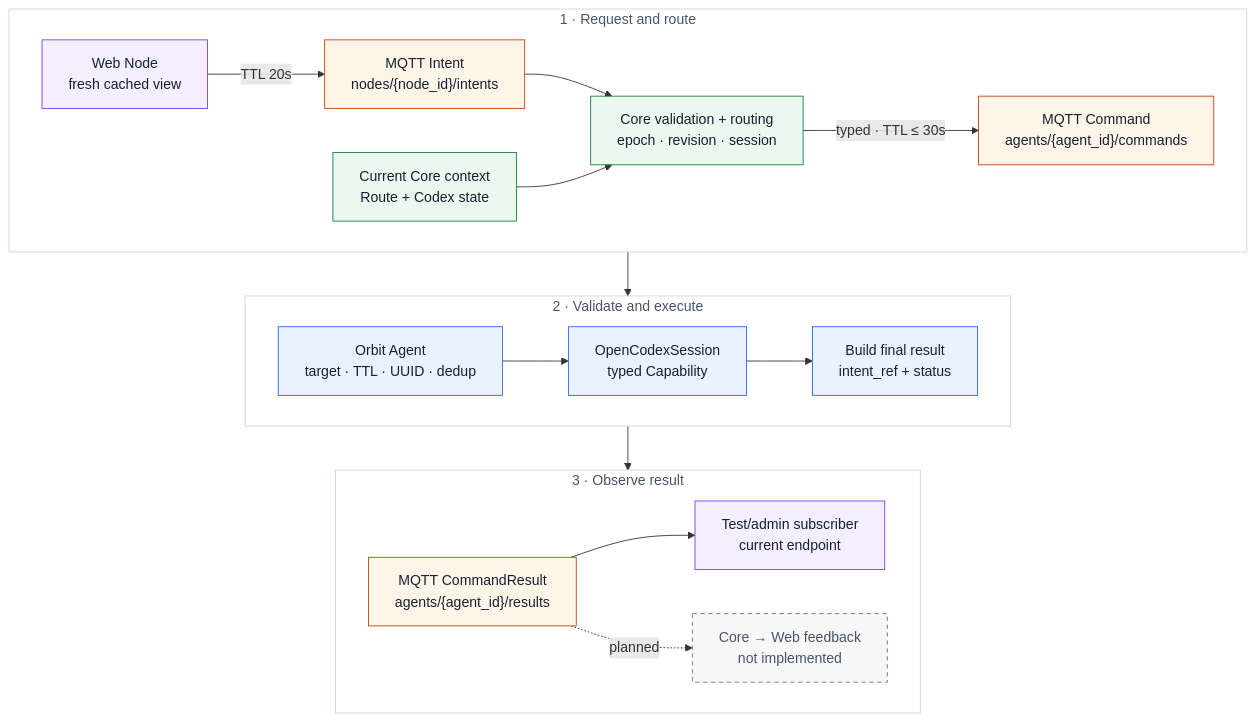
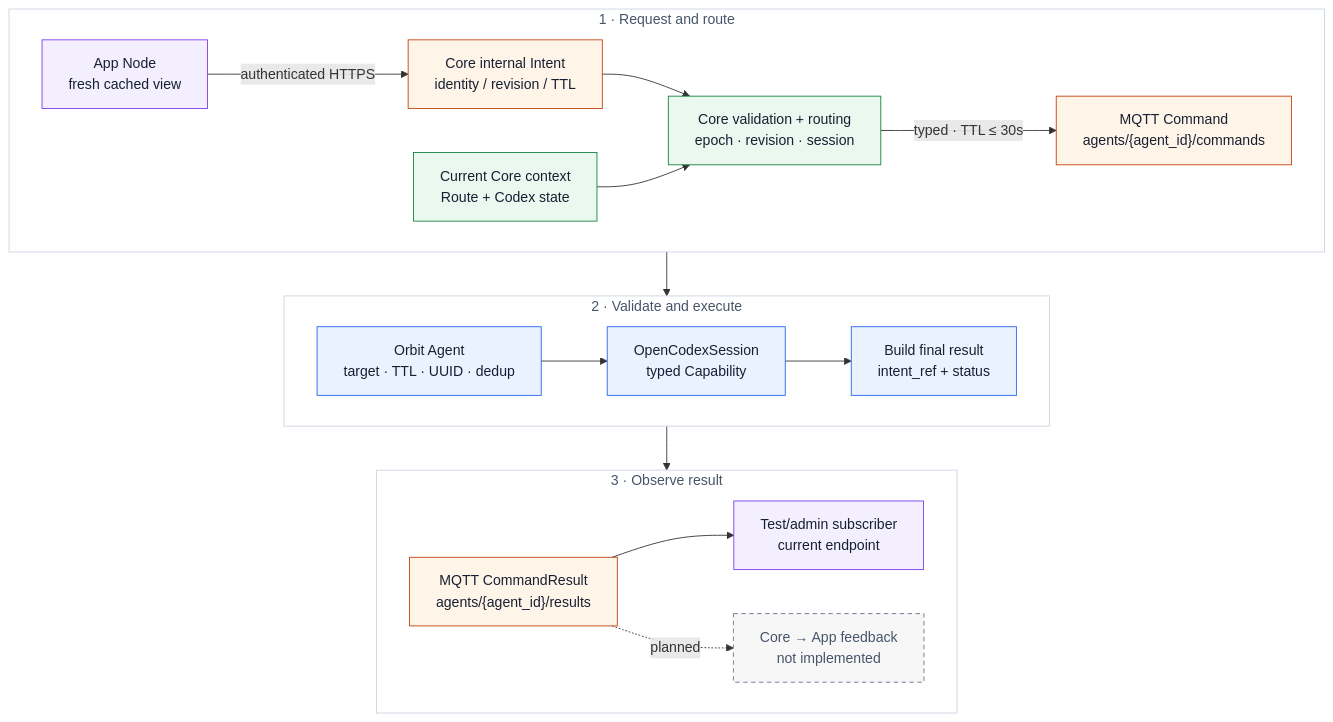
The second of 6 diagrams in docs/design.md (leowzz/orbit), drawn with Mermaid before and after one commit. The commit also changed other lines of this file and 52 other files, not shown here.

Commit message:
refactor(architecture): retire standalone orbit-web service

````diff
--- a/docs/design.md
+++ b/docs/design.md
@@ -98,39 +101,39 @@
 ```mermaid
 flowchart TB
     subgraph Request["1 · Request and route"]
         direction LR
-        Web["Web Node<br/>fresh cached view"] -->|"TTL 20s"| Intent["MQTT Intent<br/>nodes/{node_id}/intents"]
+        Web["App Node<br/>fresh cached view"] -->|"authenticated HTTPS"| Intent["Core internal Intent<br/>identity / revision / TTL"]
         Intent --> Router["Core validation + routing<br/>epoch · revision · session"]
         Context["Current Core context<br/>Route + Codex state"] --> Router
         Router -->|"typed · TTL ≤ 30s"| Command["MQTT Command<br/>agents/{agent_id}/commands"]
     end
 
     subgraph Execute["2 · Validate and execute"]
         direction LR
         Agent["Orbit Agent<br/>target · TTL · UUID · dedup"] --> Capability["OpenCodexSession<br/>typed Capability"]
         Capability --> Result["Build final result<br/>intent_ref + status"]
     end
 
     subgraph Observe["3 · Observe result"]
         direction LR
         ResultTopic["MQTT CommandResult<br/>agents/{agent_id}/results"] --> Observer["Test/admin subscriber<br/>current endpoint"]
-        ResultTopic -. "planned" .-> Feedback["Core → Web feedback<br/>not implemented"]
+        ResultTopic -. "planned" .-> Feedback["Core → App feedback<br/>not implemented"]
     end
 
     Command --> Agent
     Result --> ResultTopic
 
     classDef host fill:#eaf2ff,stroke:#2563eb,color:#172033
     classDef topic fill:#fff4e8,stroke:#c2410c,color:#172033
     classDef core fill:#eaf8ef,stroke:#15803d,color:#172033
     classDef node fill:#f3efff,stroke:#7c3aed,color:#172033
     classDef planned fill:#f7f7f8,stroke:#64748b,stroke-dasharray:5 4,color:#475569
     class Agent,Capability,Result host
     class Intent,Command,ResultTopic topic
     class Router,Context core
     class Web,Observer node
     class Feedback planned
     style Request fill:#ffffff,stroke:#cbd5e1,color:#475569
     style Execute fill:#ffffff,stroke:#cbd5e1,color:#475569
     style Observe fill:#ffffff,stroke:#cbd5e1,color:#475569
 ```
````
